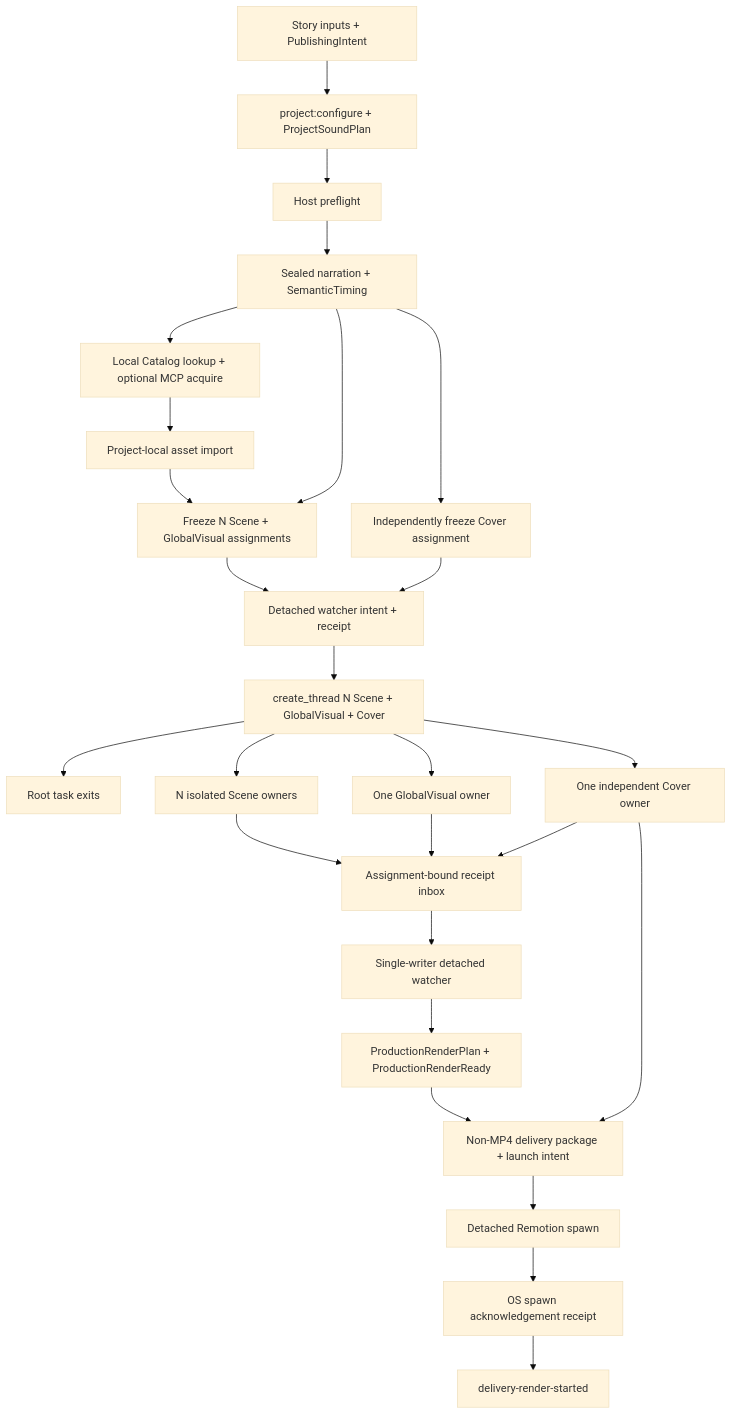
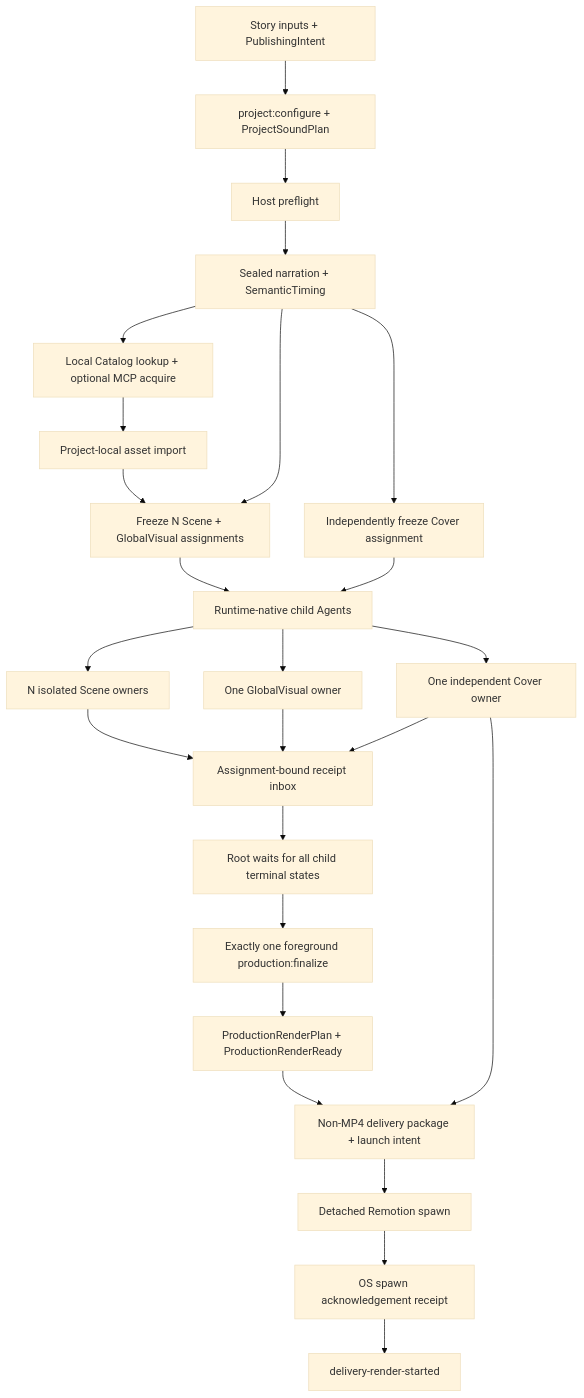
The diagram in docs/PRODUCTION_WORKFLOW.md (AXMORF/axmorf-studio), drawn with Mermaid (base theme) before and after one commit. The commit also changed other lines of this file and 59 other files, not shown here.

Commit message:
refactor: replace production watcher with foreground finalize

````diff
--- a/docs/PRODUCTION_WORKFLOW.md
+++ b/docs/PRODUCTION_WORKFLOW.md
@@ -31,28 +31,27 @@
 ```mermaid
 flowchart TD
     Inputs["Story inputs + PublishingIntent"] --> Configure["project:configure + ProjectSoundPlan"]
     Configure --> Preflight["Host preflight"]
     Preflight --> Narrative["Sealed narration + SemanticTiming"]
     Narrative --> AssetChoice["Local Catalog lookup + optional MCP acquire"]
     AssetChoice --> AssetImport["Project-local asset import"]
     AssetImport --> ProductionFreeze
     Narrative --> ProductionFreeze["Freeze N Scene + GlobalVisual assignments"]
     Narrative --> CoverFreeze["Independently freeze Cover assignment"]
-    ProductionFreeze --> WatchStart["Detached watcher intent + receipt"]
-    CoverFreeze --> WatchStart
-    WatchStart --> Dispatch["create_thread N Scene + GlobalVisual + Cover"]
-    Dispatch --> RootExit["Root task exits"]
+    ProductionFreeze --> Dispatch["Runtime-native child Agents"]
+    CoverFreeze --> Dispatch
     Dispatch --> Scenes["N isolated Scene owners"]
     Dispatch --> Global["One GlobalVisual owner"]
     Dispatch --> Cover["One independent Cover owner"]
     Scenes --> Inbox["Assignment-bound receipt inbox"]
     Global --> Inbox
     Cover --> Inbox
-    Inbox --> Watcher["Single-writer detached watcher"]
-    Watcher --> Ready["ProductionRenderPlan + ProductionRenderReady"]
+    Inbox --> Wait["Root waits for all child terminal states"]
+    Wait --> Finalize["Exactly one foreground production:finalize"]
+    Finalize --> Ready["ProductionRenderPlan + ProductionRenderReady"]
     Ready --> Package["Non-MP4 delivery package + launch intent"]
     Cover --> Package
     Package --> Spawn["Detached Remotion spawn"]
     Spawn --> Receipt["OS spawn acknowledgement receipt"]
     Receipt --> Endpoint["delivery-render-started"]
 ```
````
